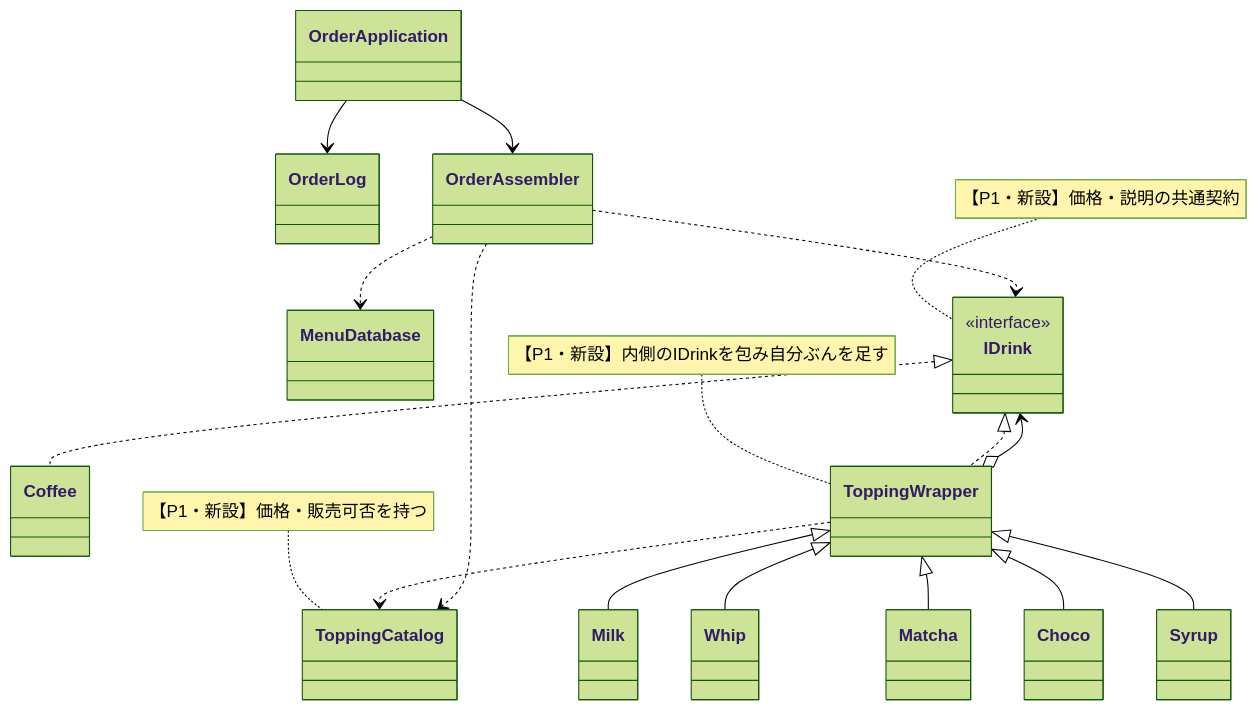
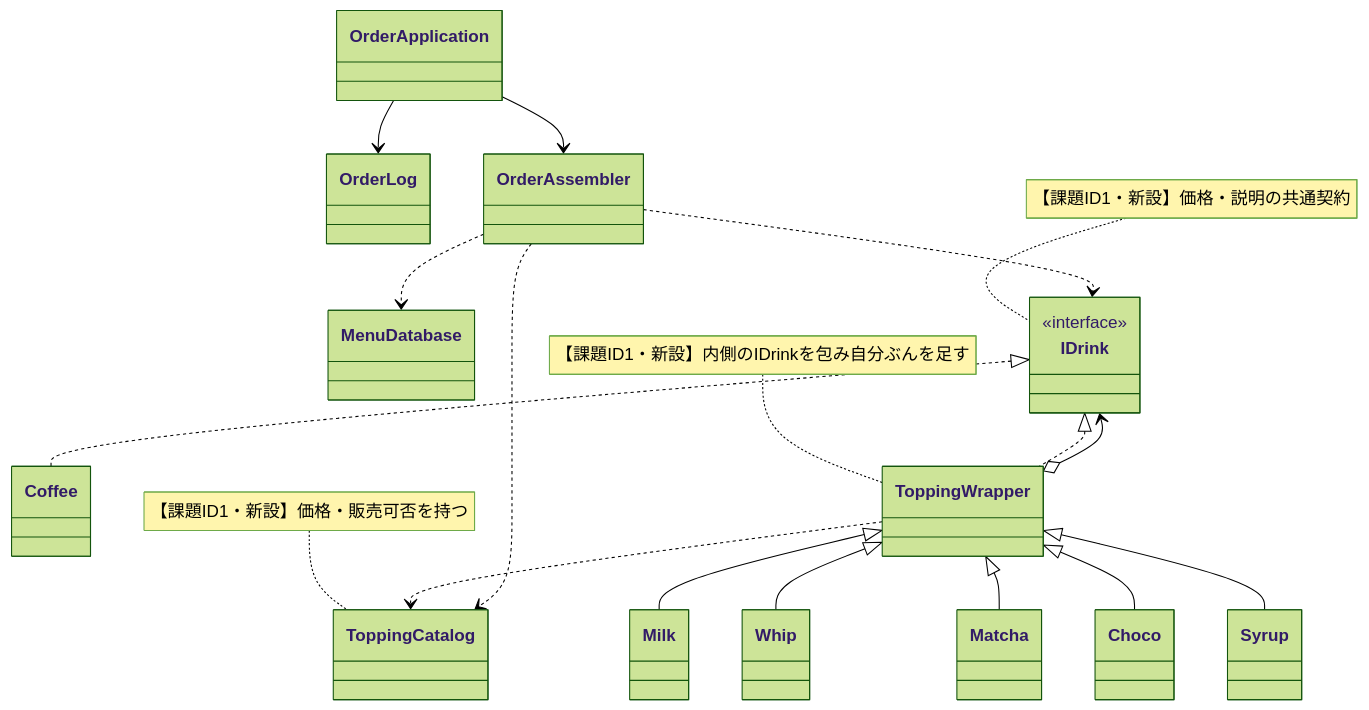
The tenth of 15 diagrams in kindle/design-patterns/output/chapter06.md (kumachan1101-pixel/DesignPattern), drawn with Mermaid (forest theme) before and after one commit. The commit also changed other lines of this file and 43 other files, not shown here.

````diff
--- a/kindle/design-patterns/output/chapter06.md
+++ b/kindle/design-patterns/output/chapter06.md
@@ -1085,38 +1118,38 @@
 ```mermaid
 classDiagram
     class MenuDatabase
     class OrderApplication
     class OrderLog
     class IDrink { <<interface>> }
     class Coffee
     class ToppingWrapper
     class Milk
     class Whip
     class Matcha
     class Choco
     class Syrup
     class ToppingCatalog
     class OrderAssembler
 
     IDrink <|.. Coffee
     IDrink <|.. ToppingWrapper
     ToppingWrapper o--> IDrink
     ToppingWrapper <|-- Milk
     ToppingWrapper <|-- Whip
     ToppingWrapper <|-- Matcha
     ToppingWrapper <|-- Choco
     ToppingWrapper <|-- Syrup
     ToppingWrapper ..> ToppingCatalog
     OrderAssembler ..> ToppingCatalog
     OrderAssembler ..> MenuDatabase
     OrderAssembler ..> IDrink
     OrderApplication --> OrderAssembler
     OrderApplication --> OrderLog
 
-    note for IDrink "【P1・新設】価格・説明の共通契約"
-    note for ToppingWrapper "【P1・新設】内側のIDrinkを包み自分ぶんを足す"
-    note for ToppingCatalog "【P1・新設】価格・販売可否を持つ"
+    note for IDrink "【課題ID1・新設】価格・説明の共通契約"
+    note for ToppingWrapper "【課題ID1・新設】内側のIDrinkを包み自分ぶんを足す"
+    note for ToppingCatalog "【課題ID1・新設】価格・販売可否を持つ"
 
     classDef focus fill:#FFF2CC,stroke:#D6B656,stroke-width:2px,color:#222222
     cssClass "IDrink,ToppingWrapper,Milk,Whip,Matcha,Choco,Syrup,ToppingCatalog,OrderAssembler" focus
 ```
````
